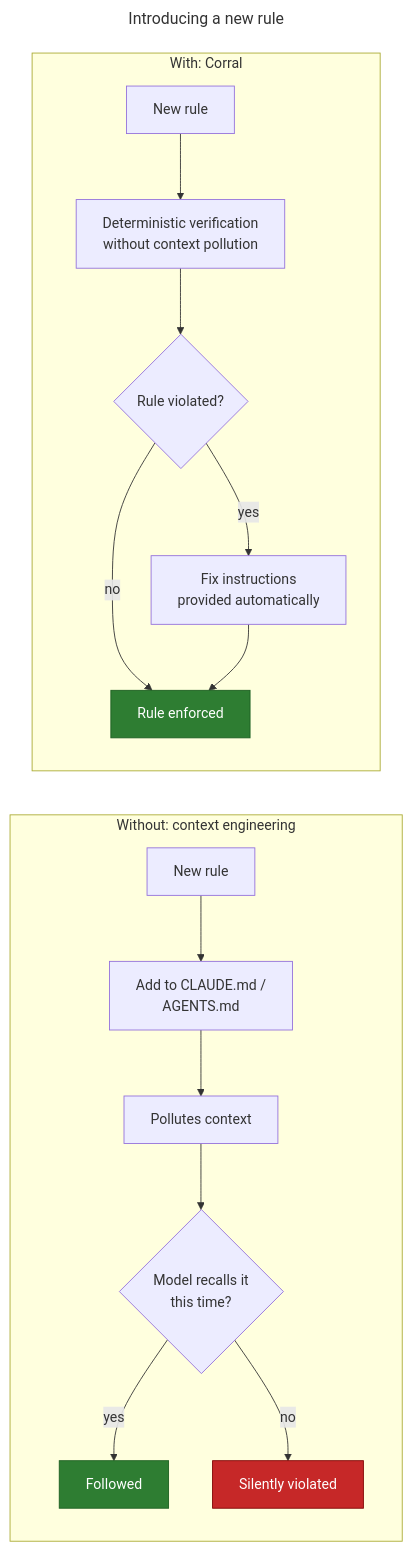
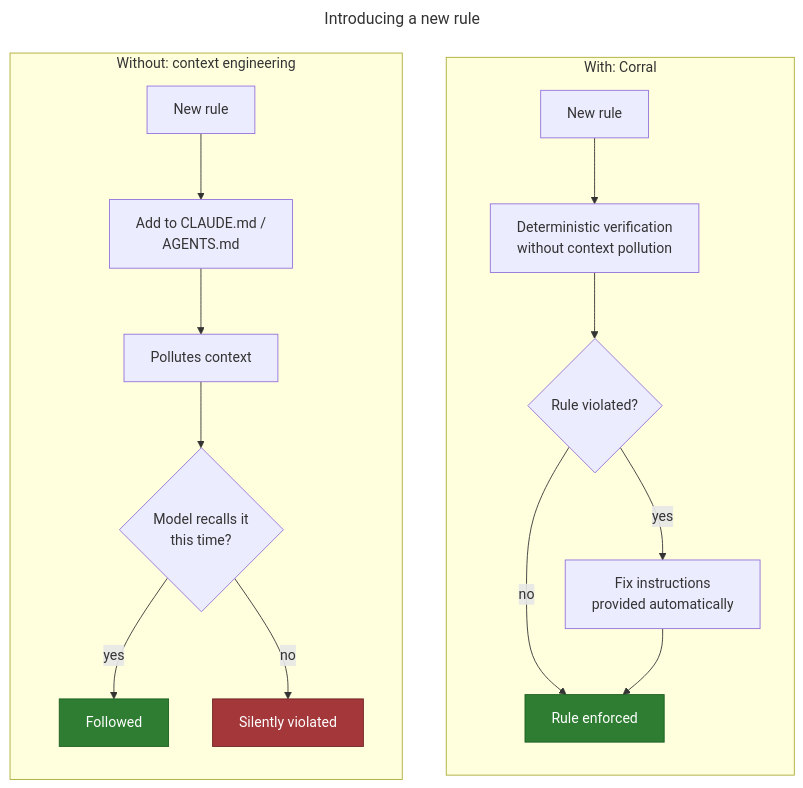
One commit to MilczekT1/Corral changed the diagram in README.md. Above: the diagram before and after it, drawn with Mermaid.

Commit message:
docs: Pin the README diagram's flows as side-by-side columns under the tagline (#217)

````diff
--- a/README.md
+++ b/README.md
@@ -22,25 +18,26 @@
 ```mermaid
 ---
 title: Introducing a new rule
 ---
 flowchart LR
     subgraph ctx["Without: context engineering"]
         direction TB
         A["New rule"] --> B["Add to CLAUDE.md /<br/>AGENTS.md"]
         B --> C["Pollutes context"]
         C --> D{"Model recalls it<br/>this time?"}
         D -->|yes| E["Followed"]
         D -->|no| F["Silently violated"]
     end
     subgraph cor["With: Corral"]
         direction TB
         G["New rule"] --> J["Deterministic verification <br/>without context pollution"]
         J --> L{"Rule violated?"}
         L -->|no| N["Rule enforced"]
         L -->|yes| M["Fix instructions<br/>provided automatically"]
         M --> N
     end
-    style F fill:#c62828,stroke:#7f0000,color:#ffffff
+    ctx ~~~ cor
+    style F fill:#a4373a,stroke:#6e2326,color:#ffffff
     style E fill:#2e7d32,stroke:#1b5e20,color:#ffffff
     style N fill:#2e7d32,stroke:#1b5e20,color:#ffffff
 ```
````
